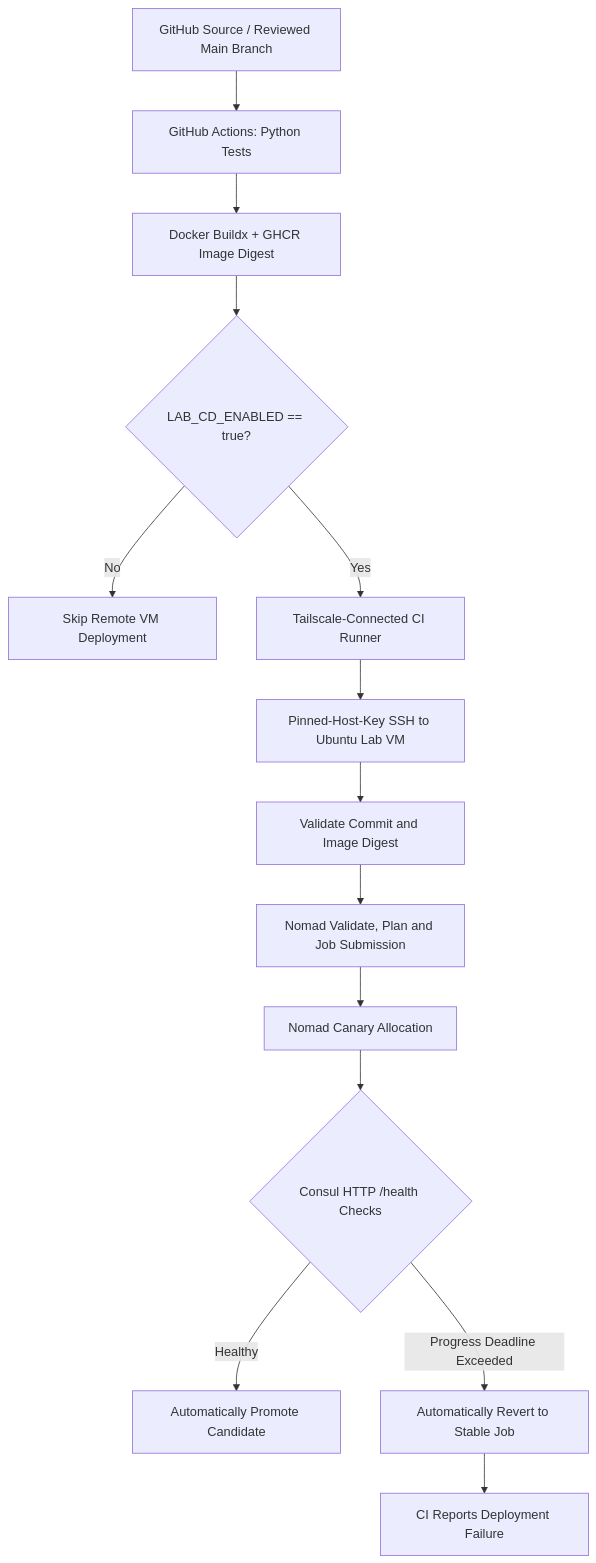
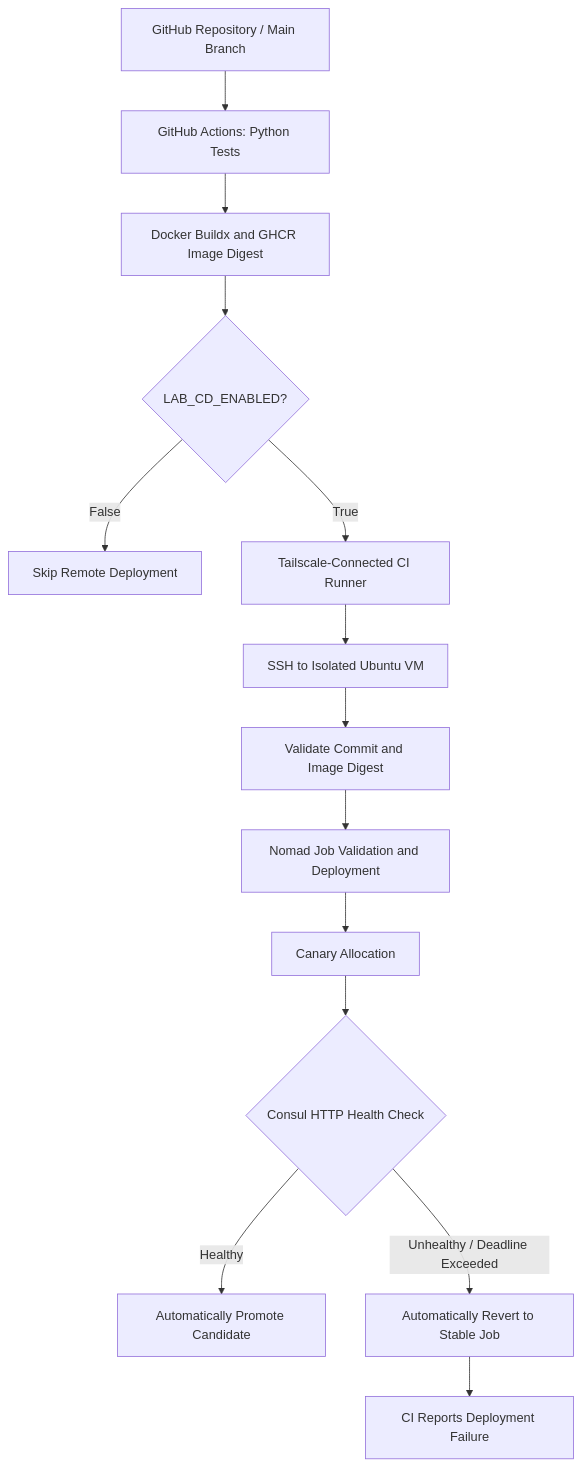
One commit to atiqa-ai/nomad-auto-rollback-lab changed the diagram in README.md. Above: the diagram before and after it, drawn with Mermaid. The commit also changed other lines of this file, not shown here.

````diff
--- a/README.md
+++ b/README.md
@@ -65,16 +89,16 @@
 ```mermaid
 flowchart TD
-    A["GitHub Source / Reviewed Main Branch"] --> B["GitHub Actions: Python Tests"]
-    B --> C["Docker Buildx + GHCR Image Digest"]
-    C --> D{"LAB_CD_ENABLED == true?"}
-    D -->|No| E["Skip Remote VM Deployment"]
-    D -->|Yes| F["Tailscale-Connected CI Runner"]
-    F --> G["Pinned-Host-Key SSH to Ubuntu Lab VM"]
+    A["GitHub Repository / Main Branch"] --> B["GitHub Actions: Python Tests"]
+    B --> C["Docker Buildx and GHCR Image Digest"]
+    C --> D{"LAB_CD_ENABLED?"}
+    D -->|False| E["Skip Remote Deployment"]
+    D -->|True| F["Tailscale-Connected CI Runner"]
+    F --> G["SSH to Isolated Ubuntu VM"]
     G --> H["Validate Commit and Image Digest"]
-    H --> I["Nomad Validate, Plan and Job Submission"]
-    I --> J["Nomad Canary Allocation"]
-    J --> K{"Consul HTTP /health Checks"}
+    H --> I["Nomad Job Validation and Deployment"]
+    I --> J["Canary Allocation"]
+    J --> K{"Consul HTTP Health Check"}
     K -->|Healthy| L["Automatically Promote Candidate"]
-    K -->|Progress Deadline Exceeded| M["Automatically Revert to Stable Job"]
+    K -->|Unhealthy / Deadline Exceeded| M["Automatically Revert to Stable Job"]
     M --> N["CI Reports Deployment Failure"]
 ```
````
